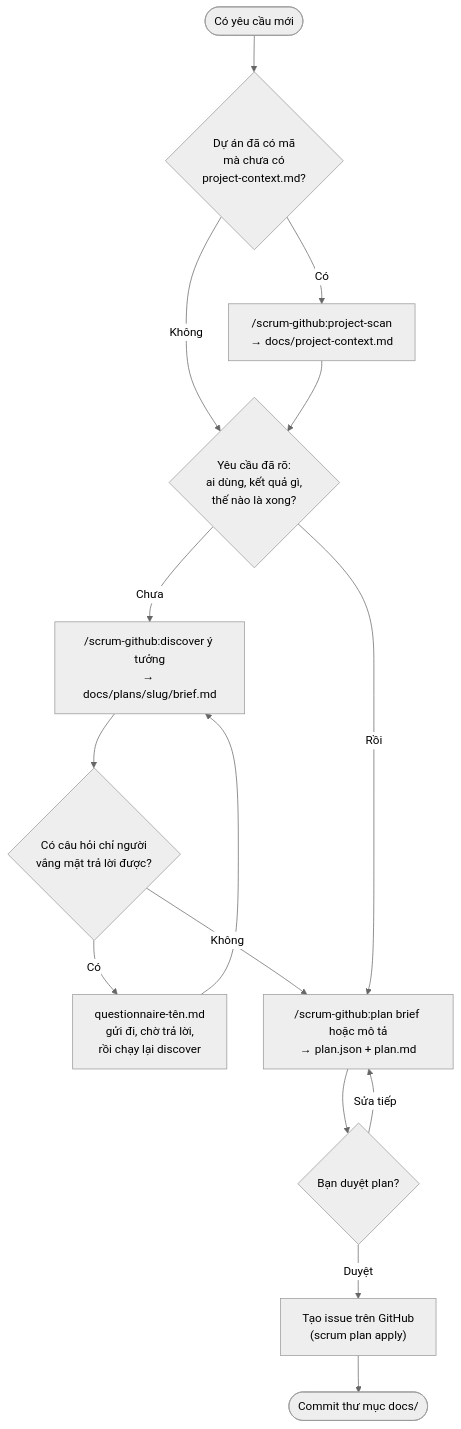
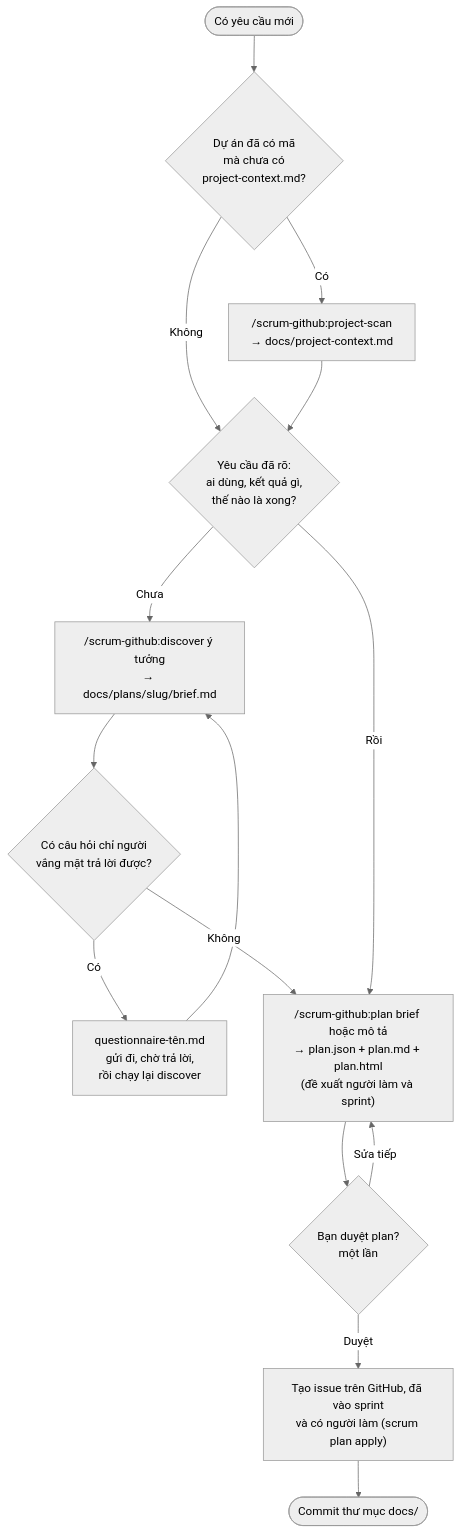
One commit to tuandtse243/tasks-manager changed the second of 3 diagrams in docs/huong-dan-ap-dung.md. Above: the diagram before and after it, drawn with Mermaid (neutral theme). The commit also changed other lines of this file and 6 other files, not shown here.

````diff
--- a/docs/huong-dan-ap-dung.md
+++ b/docs/huong-dan-ap-dung.md
@@ -266,17 +277,17 @@
 ```mermaid
 flowchart TD
     Y([Có yêu cầu mới]) --> Q1{Dự án đã có mã<br/>mà chưa có<br/>project-context.md?}
     Q1 -- Có --> S["/scrum-github:project-scan<br/>→ docs/project-context.md"]
     Q1 -- Không --> Q2
     S --> Q2{Yêu cầu đã rõ:<br/>ai dùng, kết quả gì,<br/>thế nào là xong?}
     Q2 -- Chưa --> D["/scrum-github:discover ý tưởng<br/>→ docs/plans/slug/brief.md"]
     D --> Q3{Có câu hỏi chỉ người<br/>vắng mặt trả lời được?}
     Q3 -- Có --> QN["questionnaire-tên.md<br/>gửi đi, chờ trả lời,<br/>rồi chạy lại discover"]
     QN --> D
     Q3 -- Không --> P
-    Q2 -- Rồi --> P["/scrum-github:plan brief hoặc mô tả<br/>→ plan.json + plan.md"]
-    P --> R{Bạn duyệt plan?}
+    Q2 -- Rồi --> P["/scrum-github:plan brief hoặc mô tả<br/>→ plan.json + plan.md + plan.html<br/>(đề xuất người làm và sprint)"]
+    P --> R{Bạn duyệt plan?<br/>một lần}
     R -- Sửa tiếp --> P
-    R -- Duyệt --> A["Tạo issue trên GitHub<br/>(scrum plan apply)"]
+    R -- Duyệt --> A["Tạo issue trên GitHub, đã vào sprint<br/>và có người làm (scrum plan apply)"]
     A --> C([Commit thư mục docs/])
 ```
````
